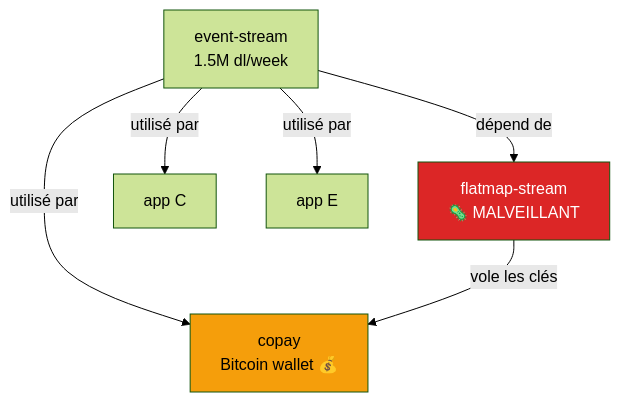
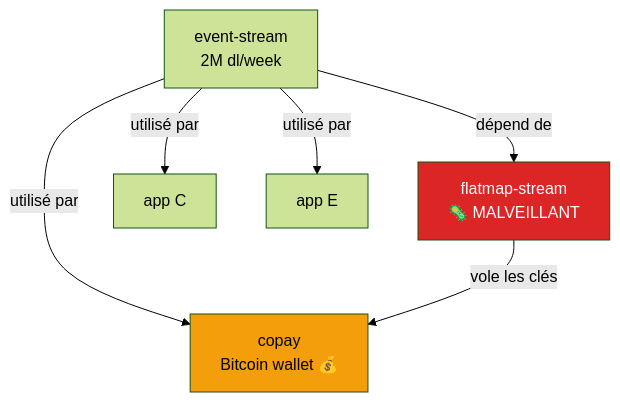
Before and after one commit to barais/devsecops.module0: the first of 2 diagrams in slides.md, drawn with Mermaid (forest theme). The commit also changed other lines of this file, not shown here.

````diff
--- a/slides.md
+++ b/slides.md
@@ -227,10 +230,10 @@
 ```mermaid {scale: 0.65}
 graph TD
-    A[event-stream<br/>1.5M dl/week] -->|dépend de| B[flatmap-stream<br/>🦠 MALVEILLANT]
+    A[event-stream<br/>2M dl/week] -->|dépend de| B[flatmap-stream<br/>🦠 MALVEILLANT]
     A -->|utilisé par| C[app C]
     A -->|utilisé par| D[copay<br/>Bitcoin wallet 💰]
     A -->|utilisé par| E[app E]
     B -->|vole les clés| D
     style B fill:#dc2626,color:#fff
     style D fill:#f59e0b,color:#000
 ```
````
